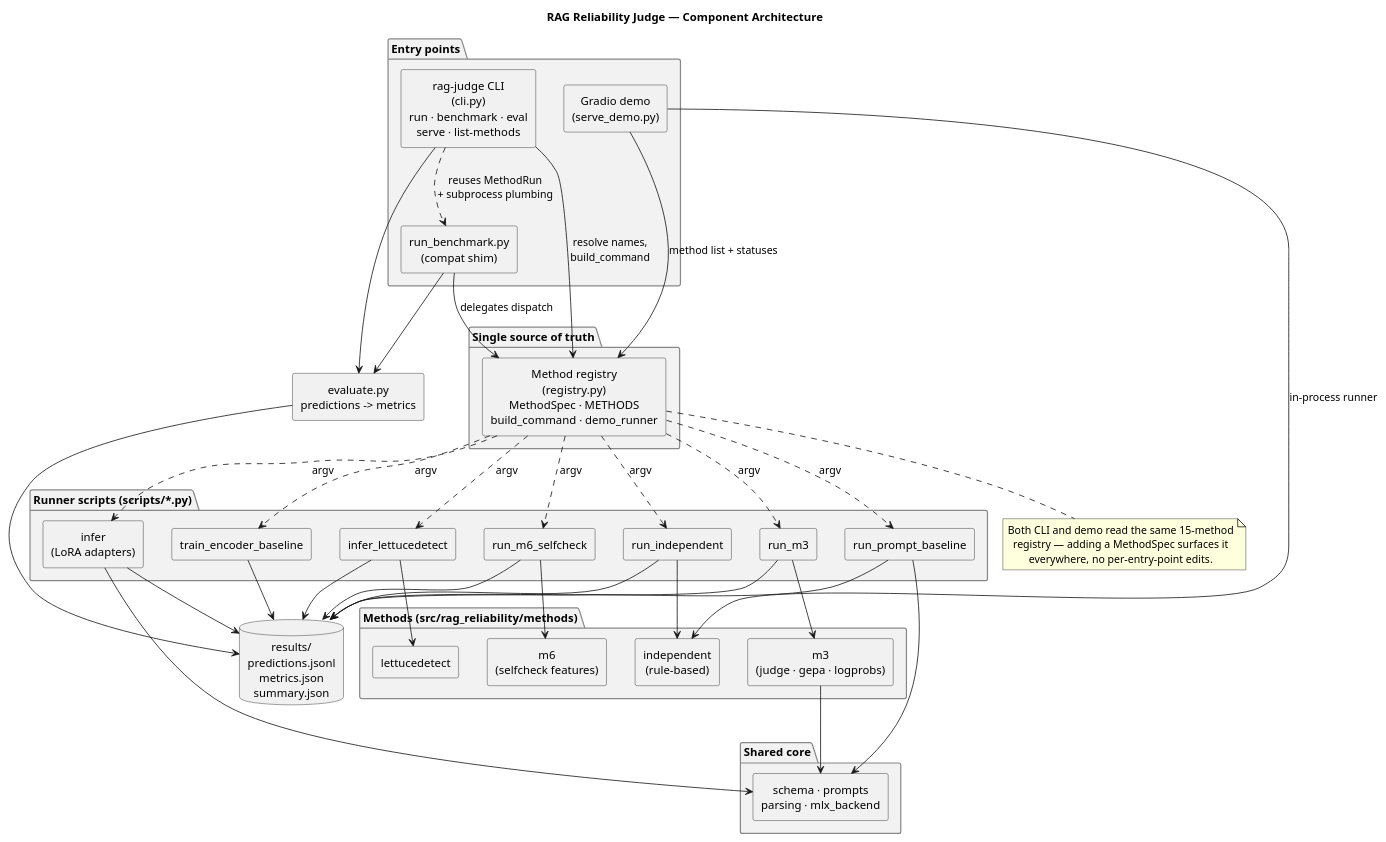
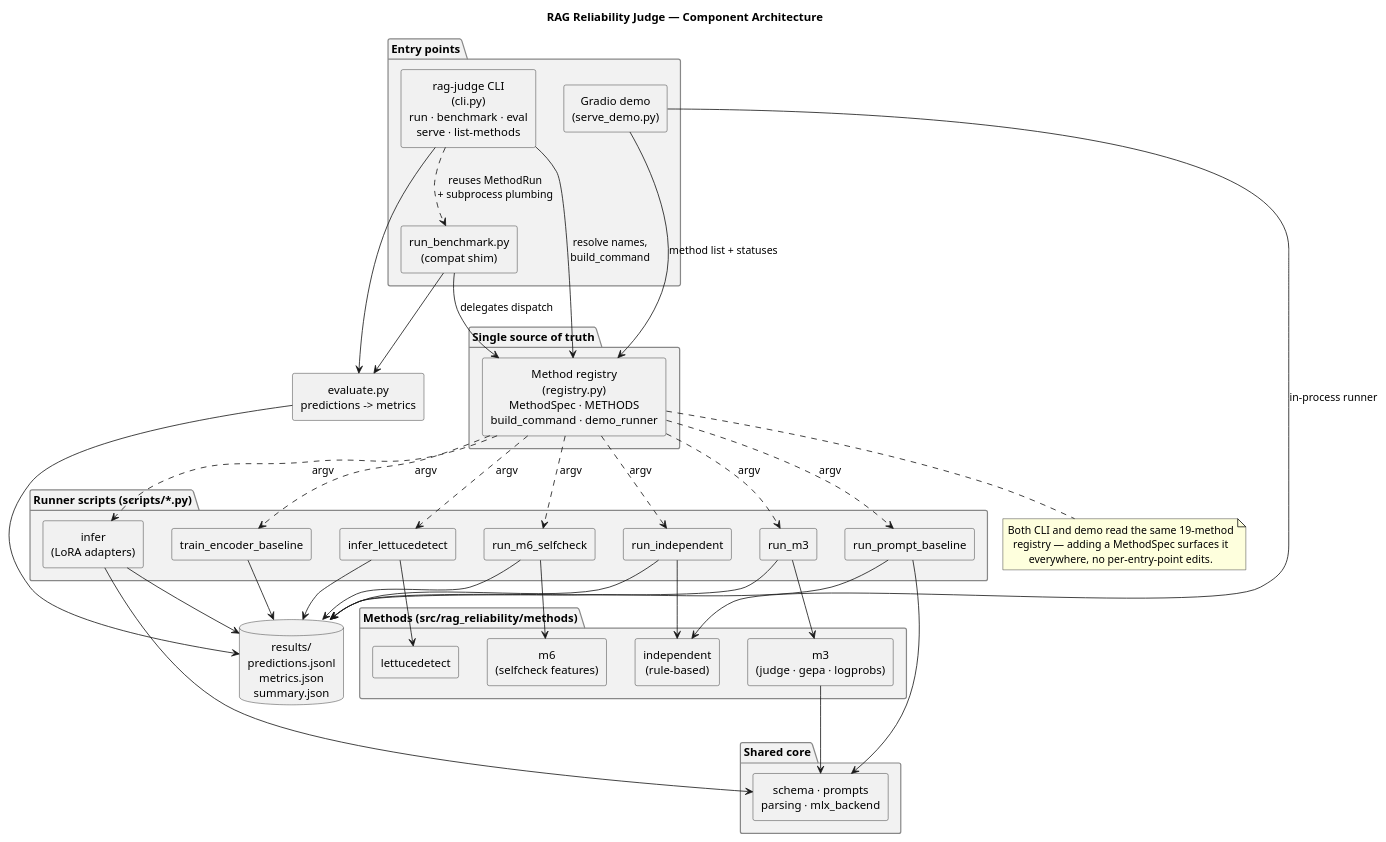
One commit to MurkaSelebry/rag-reliability changed the diagram in docs/diagrams/architecture.puml. Above: the diagram before and after it, drawn with PlantUML. The commit also changed 9 other files, not shown here.

```diff
--- a/docs/diagrams/architecture.puml
+++ b/docs/diagrams/architecture.puml
@@ -1,97 +1,97 @@
 @startuml architecture
 title RAG Reliability Judge — Component Architecture
 
 skinparam componentStyle rectangle
 skinparam shadowing false
 skinparam defaultTextAlignment center
 skinparam rectangle {
   BorderColor #555555
   BackgroundColor #FBFBFB
 }
 skinparam package {
   BorderColor #888888
   BackgroundColor #F2F2F2
 }
 
 ' ---- Entry points ------------------------------------------------------
 package "Entry points" {
   [rag-judge CLI\n(cli.py)\nrun · benchmark · eval\nserve · list-methods] as CLI
   [Gradio demo\n(serve_demo.py)] as DEMO
   [run_benchmark.py\n(compat shim)] as BENCH
 }
 
 ' ---- Single source of truth -------------------------------------------
 package "Single source of truth" {
   [Method registry\n(registry.py)\nMethodSpec · METHODS\nbuild_command · demo_runner] as REG
 }
 
 ' ---- Method implementations -------------------------------------------
 package "Methods (src/rag_reliability/methods)" {
   [m3\n(judge · gepa · logprobs)] as M3
   [m6\n(selfcheck features)] as M6
   [lettucedetect] as LD
   [independent\n(rule-based)] as IND
 }
 
 package "Shared core" {
   [schema · prompts\nparsing · mlx_backend] as CORE
 }
 
 ' ---- Per-method runner scripts ----------------------------------------
 package "Runner scripts (scripts/*.py)" {
   [run_prompt_baseline] as S_PROMPT
   [infer\n(LoRA adapters)] as S_INFER
   [run_m3] as S_M3
   [run_m6_selfcheck] as S_M6
   [infer_lettucedetect] as S_LD
   [train_encoder_baseline] as S_ENC
   [run_independent] as S_IND
 }
 
 ' ---- Shared evaluator -------------------------------------------------
 [evaluate.py\npredictions -> metrics] as EVAL
 database "results/\npredictions.jsonl\nmetrics.json\nsummary.json" as OUT
 
 ' ---- Wiring -----------------------------------------------------------
 CLI --> REG : resolve names,\nbuild_command
 BENCH --> REG : delegates dispatch
 DEMO --> REG : method list + statuses
 
 CLI ..> BENCH : reuses MethodRun\n+ subprocess plumbing
 
 REG ..> S_PROMPT : argv
 REG ..> S_INFER : argv
 REG ..> S_M3 : argv
 REG ..> S_M6 : argv
 REG ..> S_LD : argv
 REG ..> S_ENC : argv
 REG ..> S_IND : argv
 
 S_M3 --> M3
 S_M6 --> M6
 S_LD --> LD
 S_IND --> IND
 S_PROMPT --> CORE
 S_INFER --> CORE
 M3 --> CORE
 DEMO --> IND : in-process runner
 
 S_PROMPT --> OUT
 S_INFER --> OUT
 S_M3 --> OUT
 S_M6 --> OUT
 S_LD --> OUT
 S_ENC --> OUT
 S_IND --> OUT
 
 CLI --> EVAL
 BENCH --> EVAL
 EVAL --> OUT
 
 note bottom of REG
-  Both CLI and demo read the same 15-method
+  Both CLI and demo read the same 19-method
   registry — adding a MethodSpec surfaces it
   everywhere, no per-entry-point edits.
 end note
 
 @enduml
```
